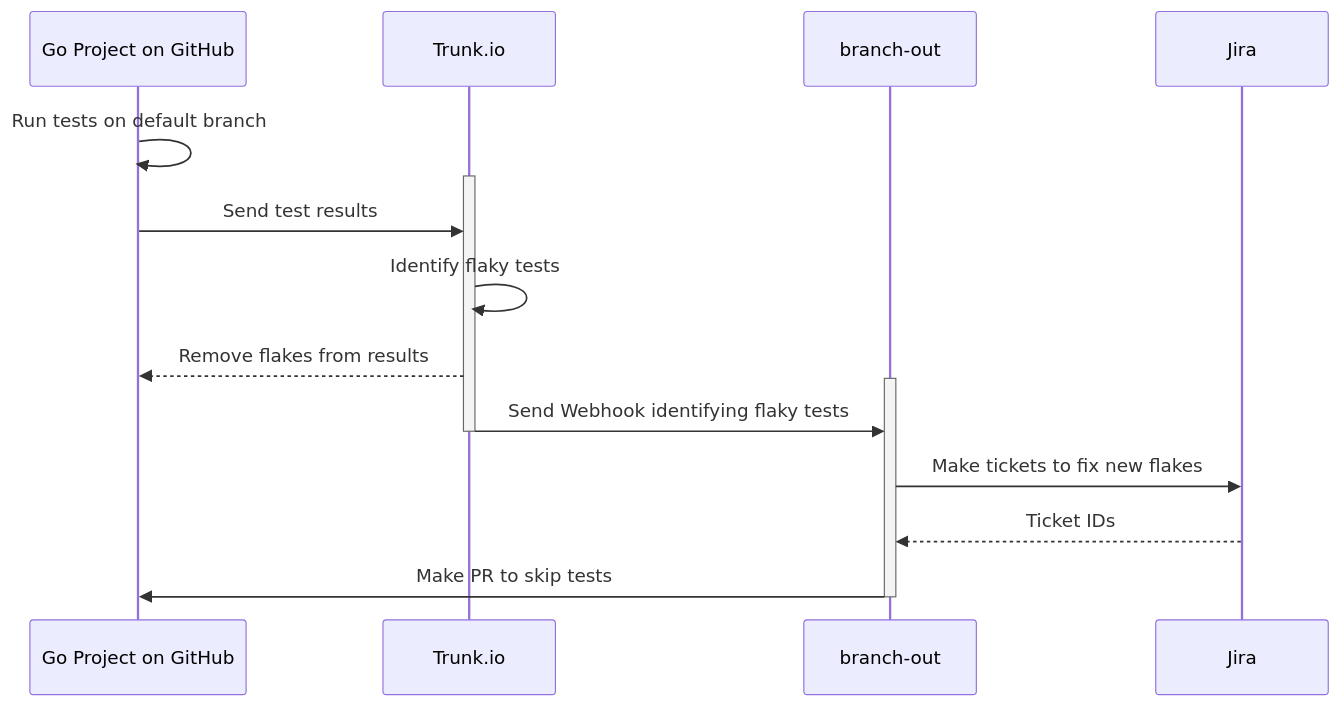
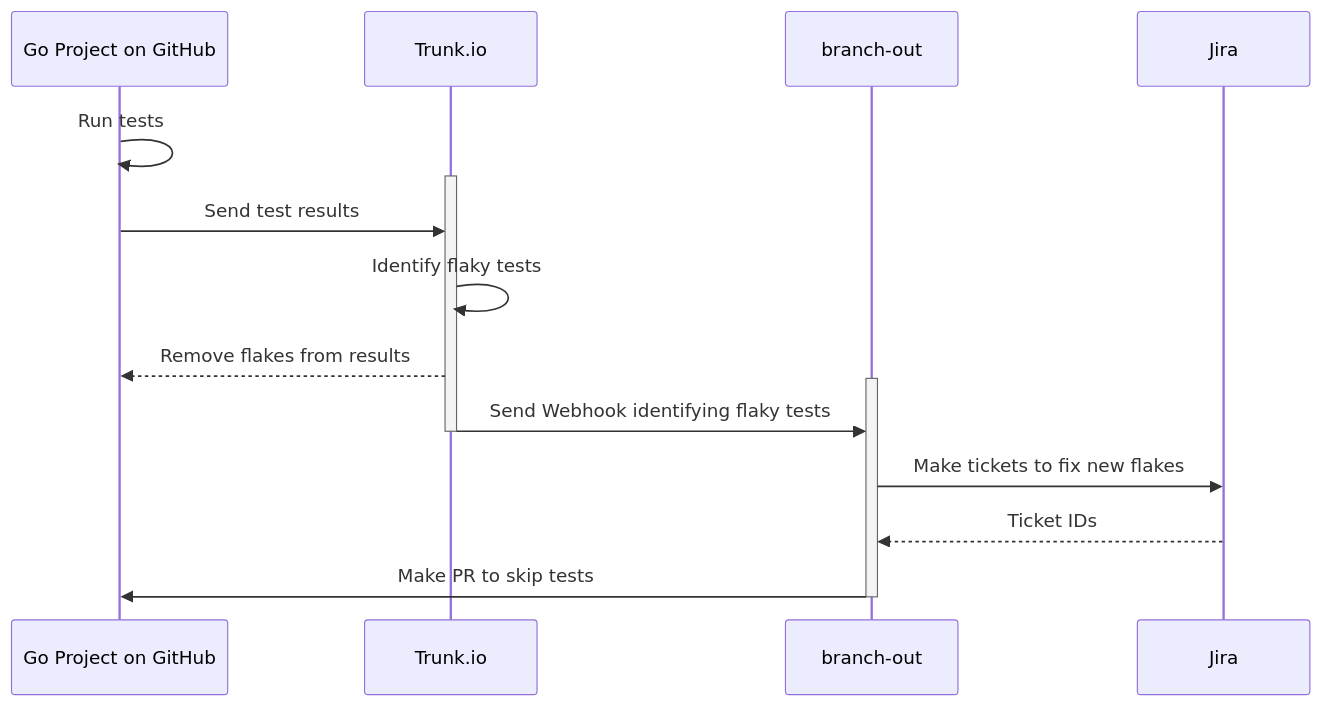
One commit to smartcontractkit/branch-out changed the diagram in README.md. Above: the diagram before and after it, drawn with Mermaid. The commit also changed 4 other files, not shown here.

````diff
--- a/README.md
+++ b/README.md
@@ -18,20 +18,20 @@
 ```mermaid
 sequenceDiagram
   participant g as Go Project on GitHub
   participant t as Trunk.io
   participant bo as branch-out
   participant j as Jira
 
-  g->>g: Run tests on default branch
+  g->>g: Run tests
   activate t
   g->>t: Send test results
   t->>t: Identify flaky tests
   t-->>g: Remove flakes from results
   activate bo
   t->>bo: Send Webhook identifying flaky tests
   deactivate t
   bo->>j: Make tickets to fix new flakes
   j-->>bo: Ticket IDs
   bo->>g: Make PR to skip tests
   deactivate bo
 ```
````
